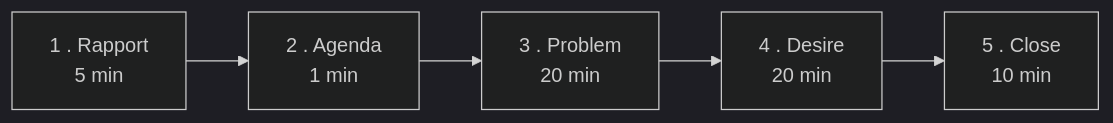
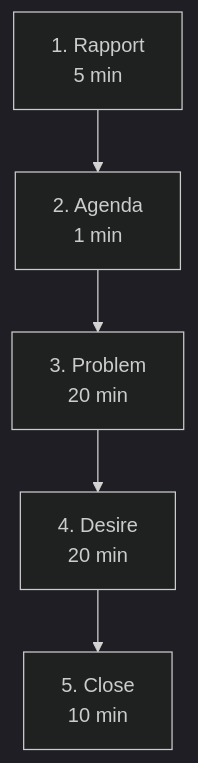
The second of 2 diagrams in docs/first-60-days/week-4/day-21.md (leotansingapore/aia-product-compass-hub), drawn with Mermaid (dark theme) before and after one commit. The commit also changed other lines of this file and 56 other files, not shown here.

Commit message:
Readability pass across first-60-days: styled HTML to tables/diagrams, cleaner formatting, no leaked metadata

````diff
--- a/docs/first-60-days/week-4/day-21.md
+++ b/docs/first-60-days/week-4/day-21.md
@@ -201,4 +208,7 @@
 ```mermaid
-flowchart LR
-    P1["1 . Rapport<br/>5 min"] --> P2["2 . Agenda<br/>1 min"] --> P3["3 . Problem<br/>20 min"] --> P4["4 . Desire<br/>20 min"] --> P5["5 . Close<br/>10 min"]
+flowchart TD
+    P1["1. Rapport<br/>5 min"] --> P2["2. Agenda<br/>1 min"]
+    P2 --> P3["3. Problem<br/>20 min"]
+    P3 --> P4["4. Desire<br/>20 min"]
+    P4 --> P5["5. Close<br/>10 min"]
 ```
````
